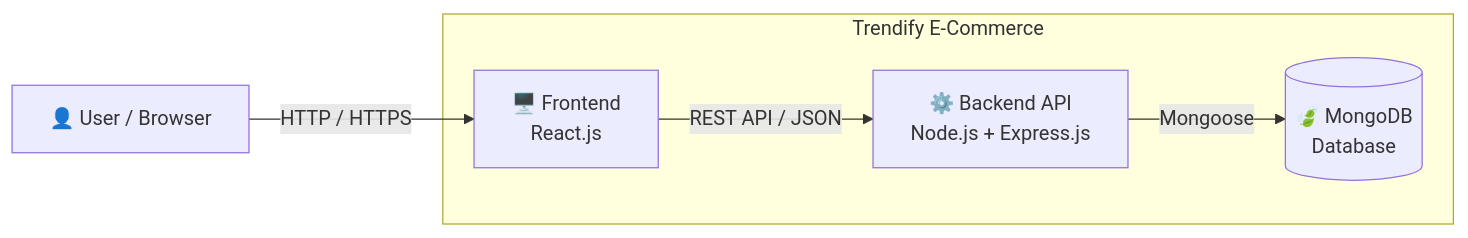
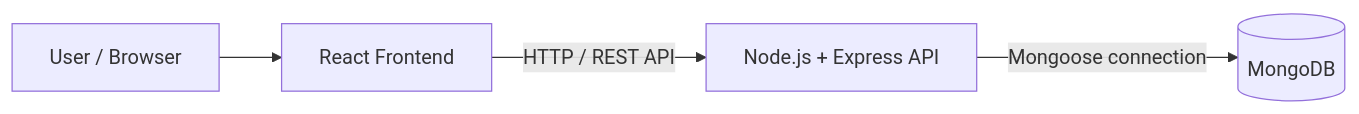
The first of 4 diagrams in README.md (onkarghugare08/trendify-ecommerce), drawn with Mermaid before and after one commit. The commit also changed other lines of this file, not shown here.

````diff
--- a/README.md
+++ b/README.md
@@ -66,14 +64,6 @@
 ```mermaid
 flowchart LR
-    U[👤 User / Browser]
-
-    subgraph APP["Trendify E-Commerce"]
-        FE["🖥️ Frontend<br/>React.js"]
-        BE["⚙️ Backend API<br/>Node.js + Express.js"]
-        DB[("🍃 MongoDB<br/>Database")]
-    end
-
-    U -->|HTTP / HTTPS| FE
-    FE -->|REST API / JSON| BE
-    BE -->|Mongoose| DB
+    U[User / Browser] --> FE[React Frontend]
+    FE -->|HTTP / REST API| BE[Node.js + Express API]
+    BE -->|Mongoose connection| DB[(MongoDB)]
 ```
````
